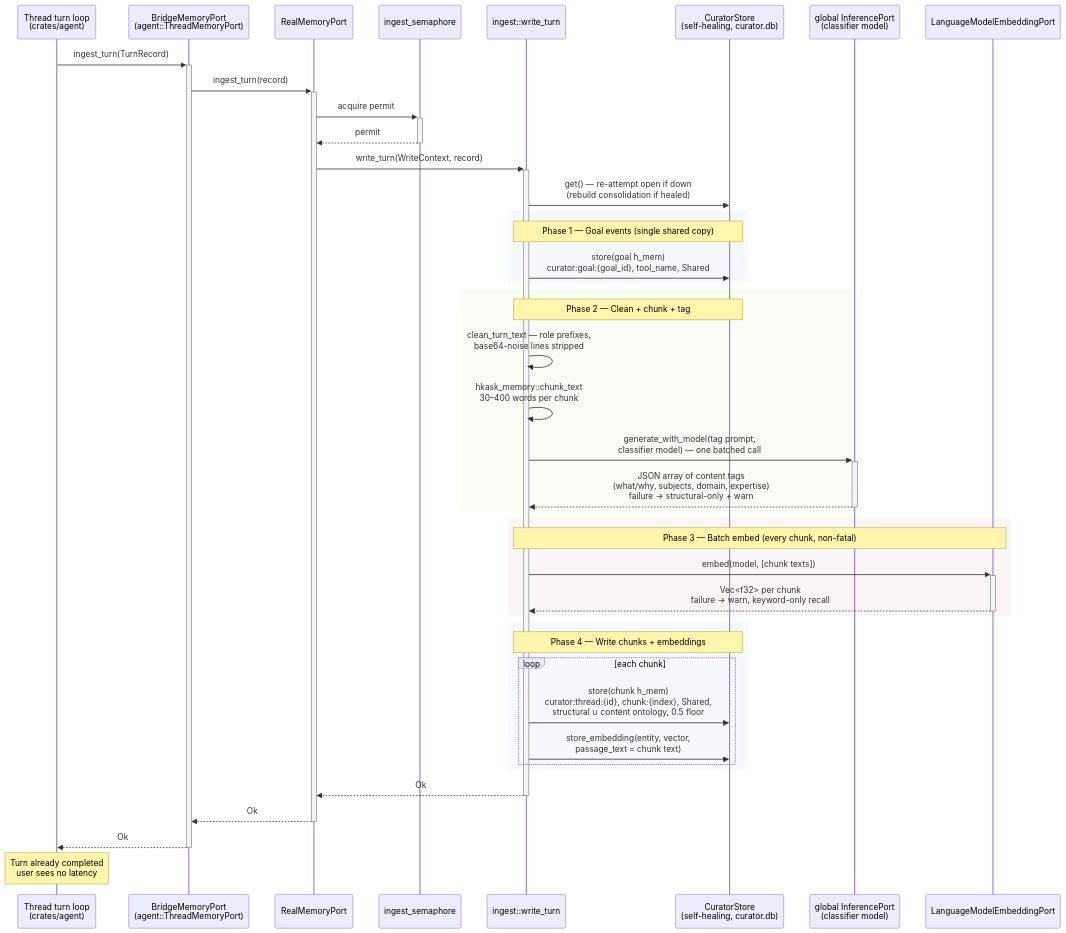
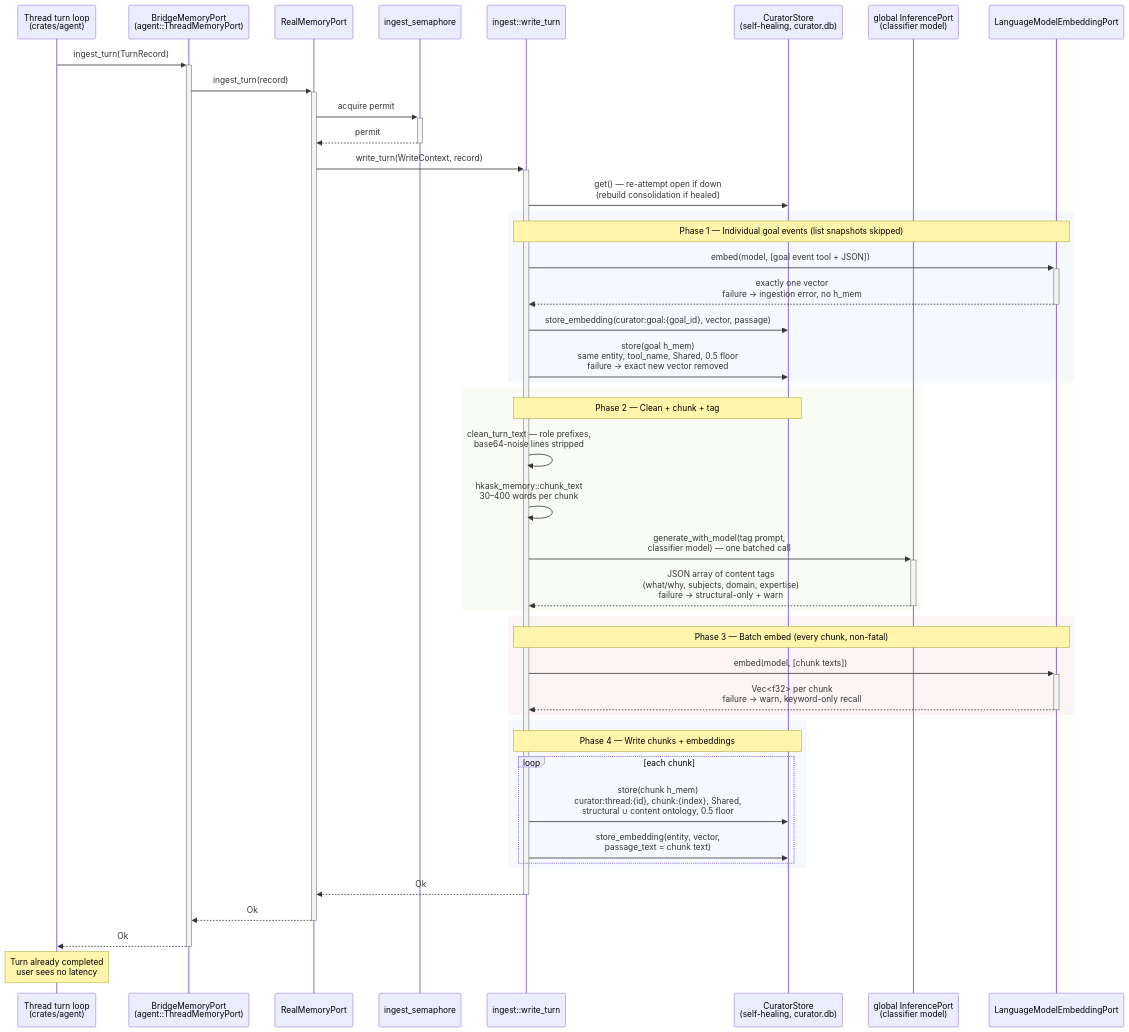
The third of 6 diagrams in kask/docs/architecture/memory-system-specification.md (mdz-axo/zed-kask), drawn with Mermaid before and after one commit. The commit also changed other lines of this file and 13 other files, not shown here.

First line of the commit message:
Add atomic batch storage with key replacement and goal-event embedding

````diff
--- a/kask/docs/architecture/memory-system-specification.md
+++ b/kask/docs/architecture/memory-system-specification.md
@@ -379,51 +397,54 @@
 ```mermaid
 sequenceDiagram
     participant Thread as Thread turn loop<br/>(crates/agent)
     participant Bridge as BridgeMemoryPort<br/>(agent::ThreadMemoryPort)
     participant Real as RealMemoryPort
     participant Sem as ingest_semaphore
     participant Write as ingest::write_turn
     participant Curator as CuratorStore<br/>(self-healing, curator.db)
     participant Tag as global InferencePort<br/>(classifier model)
     participant EmbedPort as LanguageModelEmbeddingPort
 
     Thread->>+Bridge: ingest_turn(TurnRecord)
     Bridge->>+Real: ingest_turn(record)
     Real->>+Sem: acquire permit
     Sem-->>-Real: permit
     Real->>+Write: write_turn(WriteContext, record)
 
     Write->>Curator: get() — re-attempt open if down<br/>(rebuild consolidation if healed)
 
     rect rgb(245, 248, 252)
-        Note over Write,Curator: Phase 1 — Goal events (single shared copy)
-        Write->>Curator: store(goal h_mem)<br/>curator:goal:{goal_id}, tool_name, Shared
+        Note over Write,EmbedPort: Phase 1 — Individual goal events (list snapshots skipped)
+        Write->>+EmbedPort: embed(model, [goal event tool + JSON])
+        EmbedPort-->>-Write: exactly one vector<br/>failure → ingestion error, no h_mem
+        Write->>Curator: store_embedding(curator:goal:{goal_id}, vector, passage)
+        Write->>Curator: store(goal h_mem)<br/>same entity, tool_name, Shared, 0.5 floor<br/>failure → exact new vector removed
     end
 
     rect rgb(248, 252, 245)
         Note over Write,Curator: Phase 2 — Clean + chunk + tag
         Write->>Write: clean_turn_text — role prefixes,<br/>base64-noise lines stripped
         Write->>Write: hkask_memory::chunk_text<br/>30–400 words per chunk
         Write->>+Tag: generate_with_model(tag prompt,<br/>classifier model) — one batched call
         Tag-->>-Write: JSON array of content tags<br/>(what/why, subjects, domain, expertise)<br/>failure → structural-only + warn
     end
 
     rect rgb(252, 245, 245)
         Note over Write,EmbedPort: Phase 3 — Batch embed (every chunk, non-fatal)
         Write->>+EmbedPort: embed(model, [chunk texts])
         EmbedPort-->>-Write: Vec<f32> per chunk<br/>failure → warn, keyword-only recall
     end
 
     rect rgb(245, 248, 252)
         Note over Write,Curator: Phase 4 — Write chunks + embeddings
         loop each chunk
             Write->>Curator: store(chunk h_mem)<br/>curator:thread:{id}, chunk:{index}, Shared,<br/>structural ∪ content ontology, 0.5 floor
             Write->>Curator: store_embedding(entity, vector,<br/>passage_text = chunk text)
         end
     end
 
     Write-->>-Real: Ok
     Real-->>-Bridge: Ok
     Bridge-->>-Thread: Ok
     Note over Thread: Turn already completed<br/>user sees no latency
 ```
````
